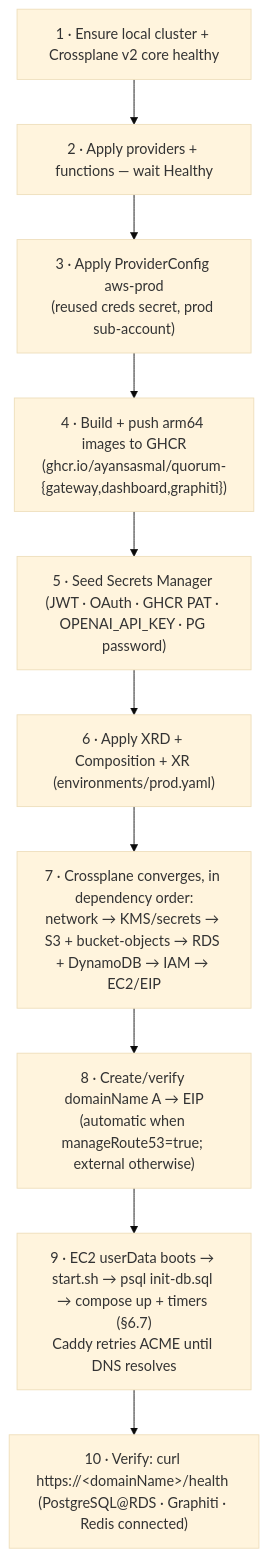
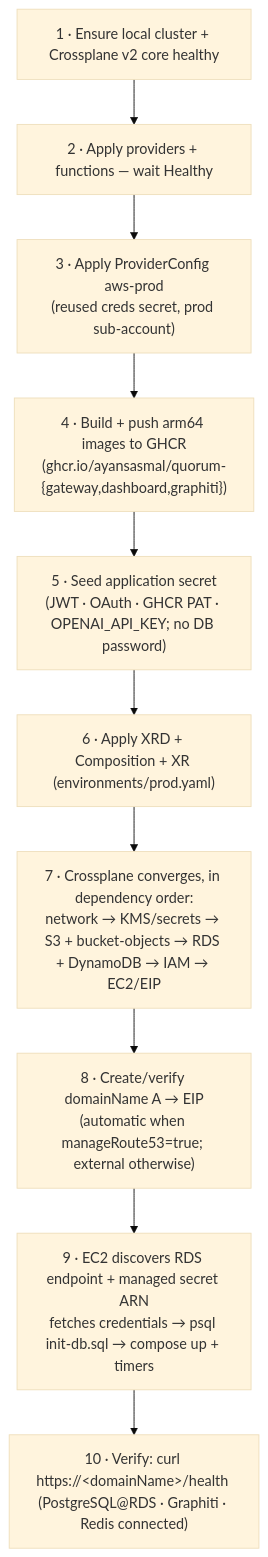
Before and after one commit to ayansasmal/quorum: the third of 3 diagrams in docs/superpowers/specs/2026-06-11-quorum-aws-crossplane-deployment-design.md, drawn with Mermaid (base theme). The commit also changed other lines of this file and 1 other file, not shown here.

Commit message:
docs(aws): use rds managed credentials

````diff
--- a/docs/superpowers/specs/2026-06-11-quorum-aws-crossplane-deployment-design.md
+++ b/docs/superpowers/specs/2026-06-11-quorum-aws-crossplane-deployment-design.md
@@ -460,12 +496,12 @@
 ```mermaid
 flowchart TD
     A["1 · Ensure local cluster + Crossplane v2 core healthy"] --> B["2 · Apply providers + functions — wait Healthy"]
     B --> C["3 · Apply ProviderConfig aws-prod<br/>(reused creds secret, prod sub-account)"]
     C --> D["4 · Build + push arm64 images to GHCR<br/>(ghcr.io/ayansasmal/quorum-{gateway,dashboard,graphiti})"]
-    D --> E["5 · Seed Secrets Manager (JWT · OAuth · GHCR PAT · OPENAI_API_KEY · PG password)"]
+    D --> E["5 · Seed application secret<br/>(JWT · OAuth · GHCR PAT · OPENAI_API_KEY; no DB password)"]
     E --> F["6 · Apply XRD + Composition + XR (environments/prod.yaml)"]
     F --> G["7 · Crossplane converges, in dependency order:<br/>network → KMS/secrets → S3 + bucket-objects → RDS + DynamoDB → IAM → EC2/EIP"]
     G --> H["8 · Create/verify domainName A → EIP<br/>(automatic when manageRoute53=true; external otherwise)"]
-    H --> I["9 · EC2 userData boots → start.sh → psql init-db.sql → compose up + timers (§6.7)<br/>Caddy retries ACME until DNS resolves"]
+    H --> I["9 · EC2 discovers RDS endpoint + managed secret ARN<br/>fetches credentials → psql init-db.sql → compose up + timers"]
     I --> J["10 · Verify: curl https://&lt;domainName&gt;/health (PostgreSQL@RDS · Graphiti · Redis connected)"]
 ```
````
